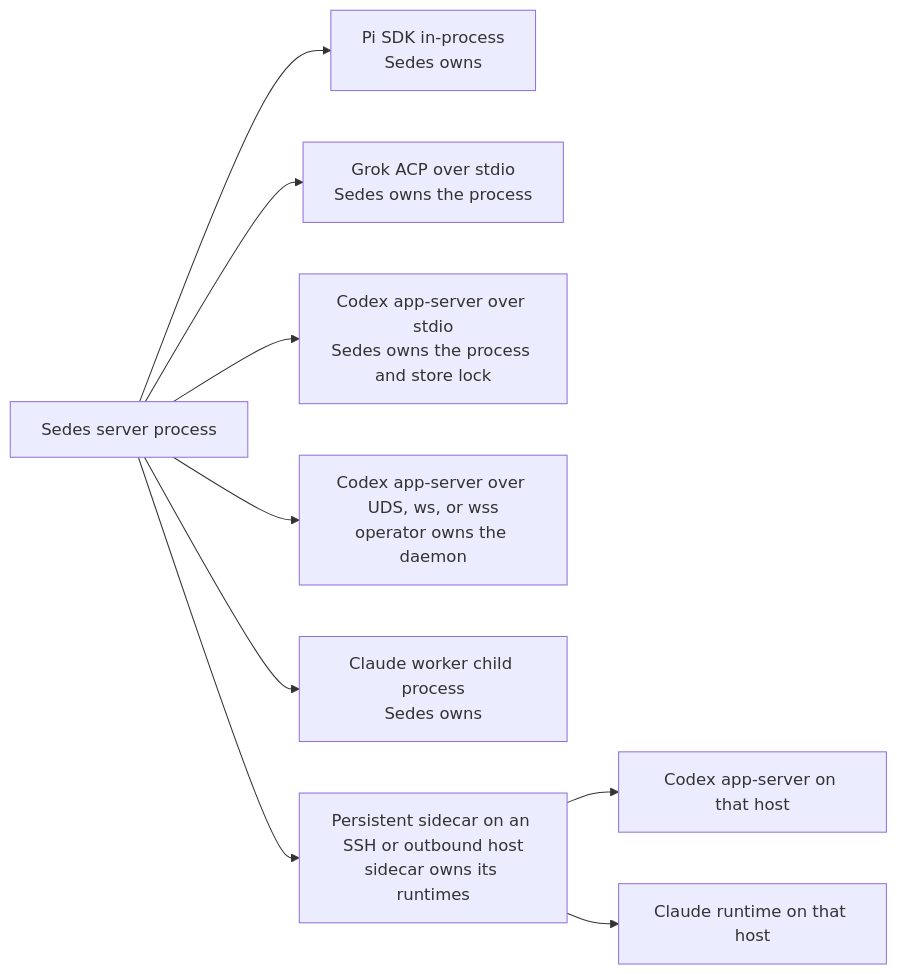
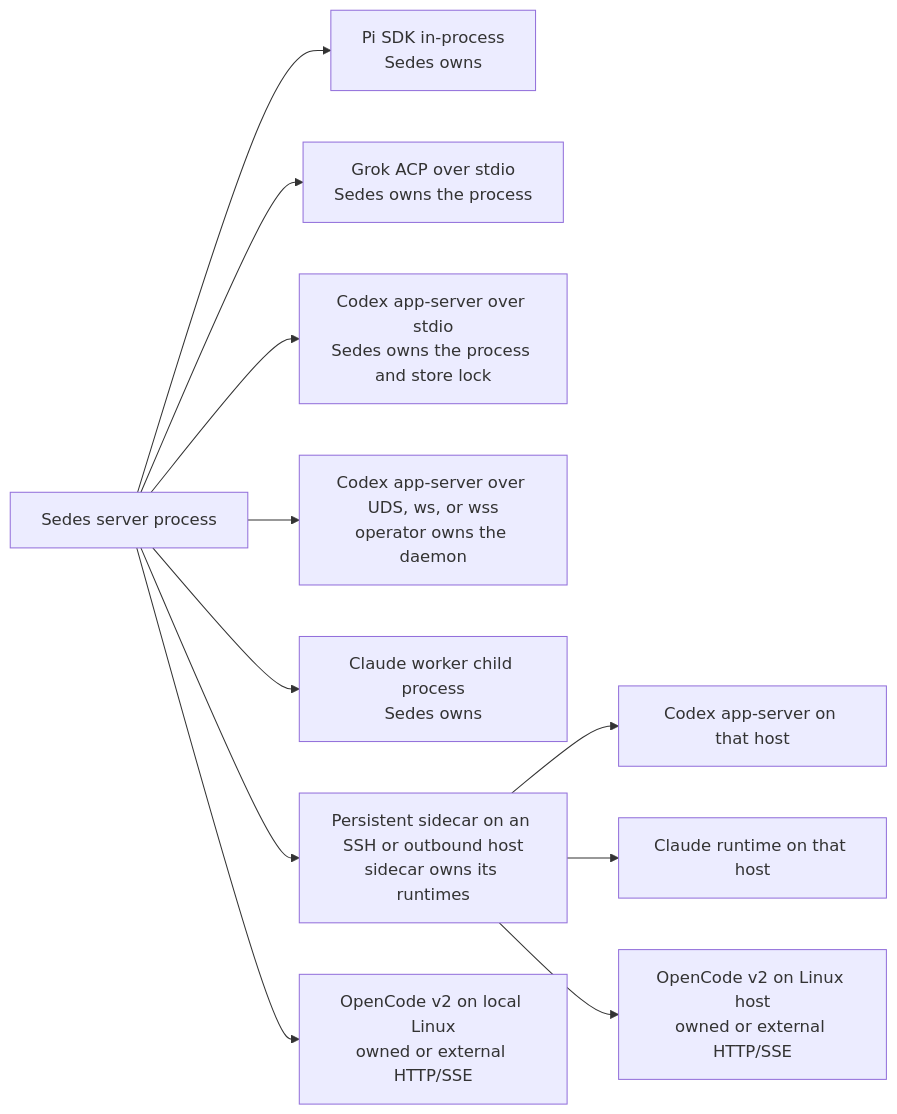
One commit to kcosr/sedes changed the second of 5 diagrams in docs/operator/connections.md. Above: the diagram before and after it, drawn with Mermaid. The commit also changed other lines of this file and 57 other files, not shown here.

Commit message:
Enable OpenCode on local SSH and outbound execution hosts

````diff
--- a/docs/operator/connections.md
+++ b/docs/operator/connections.md
@@ -61,11 +61,13 @@
 ```mermaid
 flowchart LR
   S[Sedes server process] --> PI[Pi SDK in-process<br/>Sedes owns]
   S --> GK[Grok ACP over stdio<br/>Sedes owns the process]
   S --> CXO[Codex app-server over stdio<br/>Sedes owns the process and store lock]
   S --> CXE[Codex app-server over UDS, ws, or wss<br/>operator owns the daemon]
   S --> CW[Claude worker child process<br/>Sedes owns]
   S --> SC[Persistent sidecar on an SSH or outbound host<br/>sidecar owns its runtimes]
   SC --> RCX[Codex app-server on that host]
   SC --> RCL[Claude runtime on that host]
+  S --> OCL[OpenCode v2 on local Linux<br/>owned or external HTTP/SSE]
+  SC --> OCR[OpenCode v2 on Linux host<br/>owned or external HTTP/SSE]
 ```
````
